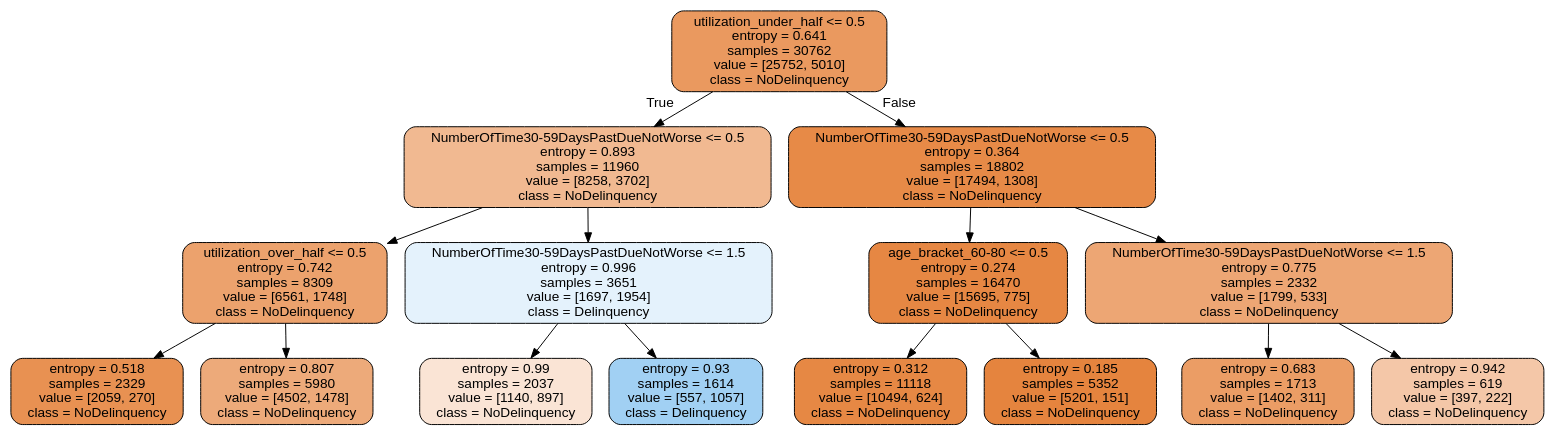
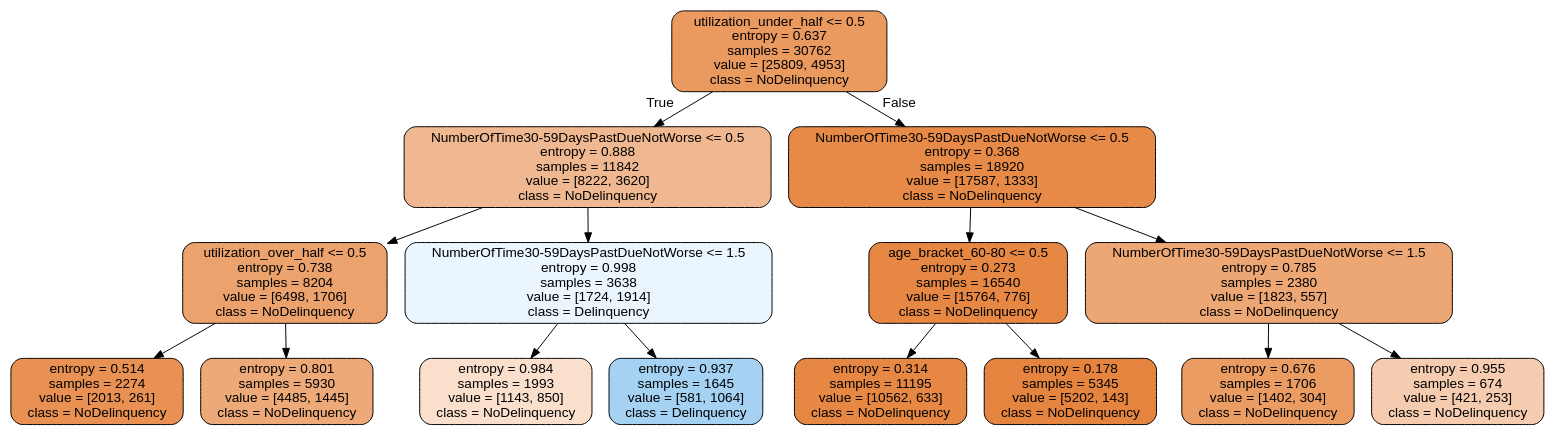
The diagram in hw2/figs/tree_entropy_d3.dot (murray-cecile/machine-learning), drawn with Graphviz before and after one commit. The commit also changed 3 other files, not shown here.

```diff
--- a/hw2/figs/tree_entropy_d3.dot
+++ b/hw2/figs/tree_entropy_d3.dot
@@ -1,33 +1,33 @@
 digraph Tree {
 node [shape=box, style="filled, rounded", color="black", fontname=helvetica] ;
 edge [fontname=helvetica] ;
-0 [label="utilization_under_half <= 0.5\nentropy = 0.641\nsamples = 30762\nvalue = [25752, 5010]\nclass = NoDelinquency", fillcolor="#e58139cd"] ;
-1 [label="NumberOfTime30-59DaysPastDueNotWorse <= 0.5\nentropy = 0.893\nsamples = 11960\nvalue = [8258, 3702]\nclass = NoDelinquency", fillcolor="#e581398d"] ;
+0 [label="utilization_under_half <= 0.5\nentropy = 0.637\nsamples = 30762\nvalue = [25809, 4953]\nclass = NoDelinquency", fillcolor="#e58139ce"] ;
+1 [label="NumberOfTime30-59DaysPastDueNotWorse <= 0.5\nentropy = 0.888\nsamples = 11842\nvalue = [8222, 3620]\nclass = NoDelinquency", fillcolor="#e581398f"] ;
 0 -> 1 [labeldistance=2.5, labelangle=45, headlabel="True"] ;
-2 [label="utilization_over_half <= 0.5\nentropy = 0.742\nsamples = 8309\nvalue = [6561, 1748]\nclass = NoDelinquency", fillcolor="#e58139bb"] ;
+2 [label="utilization_over_half <= 0.5\nentropy = 0.738\nsamples = 8204\nvalue = [6498, 1706]\nclass = NoDelinquency", fillcolor="#e58139bc"] ;
 1 -> 2 ;
-3 [label="entropy = 0.518\nsamples = 2329\nvalue = [2059, 270]\nclass = NoDelinquency", fillcolor="#e58139de"] ;
+3 [label="entropy = 0.514\nsamples = 2274\nvalue = [2013, 261]\nclass = NoDelinquency", fillcolor="#e58139de"] ;
 2 -> 3 ;
-4 [label="entropy = 0.807\nsamples = 5980\nvalue = [4502, 1478]\nclass = NoDelinquency", fillcolor="#e58139ab"] ;
+4 [label="entropy = 0.801\nsamples = 5930\nvalue = [4485, 1445]\nclass = NoDelinquency", fillcolor="#e58139ad"] ;
 2 -> 4 ;
-5 [label="NumberOfTime30-59DaysPastDueNotWorse <= 1.5\nentropy = 0.996\nsamples = 3651\nvalue = [1697, 1954]\nclass = Delinquency", fillcolor="#399de522"] ;
+5 [label="NumberOfTime30-59DaysPastDueNotWorse <= 1.5\nentropy = 0.998\nsamples = 3638\nvalue = [1724, 1914]\nclass = Delinquency", fillcolor="#399de519"] ;
 1 -> 5 ;
-6 [label="entropy = 0.99\nsamples = 2037\nvalue = [1140, 897]\nclass = NoDelinquency", fillcolor="#e5813936"] ;
+6 [label="entropy = 0.984\nsamples = 1993\nvalue = [1143, 850]\nclass = NoDelinquency", fillcolor="#e5813941"] ;
 5 -> 6 ;
-7 [label="entropy = 0.93\nsamples = 1614\nvalue = [557, 1057]\nclass = Delinquency", fillcolor="#399de579"] ;
+7 [label="entropy = 0.937\nsamples = 1645\nvalue = [581, 1064]\nclass = Delinquency", fillcolor="#399de574"] ;
 5 -> 7 ;
-8 [label="NumberOfTime30-59DaysPastDueNotWorse <= 0.5\nentropy = 0.364\nsamples = 18802\nvalue = [17494, 1308]\nclass = NoDelinquency", fillcolor="#e58139ec"] ;
+8 [label="NumberOfTime30-59DaysPastDueNotWorse <= 0.5\nentropy = 0.368\nsamples = 18920\nvalue = [17587, 1333]\nclass = NoDelinquency", fillcolor="#e58139ec"] ;
 0 -> 8 [labeldistance=2.5, labelangle=-45, headlabel="False"] ;
-9 [label="age_bracket_60-80 <= 0.5\nentropy = 0.274\nsamples = 16470\nvalue = [15695, 775]\nclass = NoDelinquency", fillcolor="#e58139f2"] ;
+9 [label="age_bracket_60-80 <= 0.5\nentropy = 0.273\nsamples = 16540\nvalue = [15764, 776]\nclass = NoDelinquency", fillcolor="#e58139f2"] ;
 8 -> 9 ;
-10 [label="entropy = 0.312\nsamples = 11118\nvalue = [10494, 624]\nclass = NoDelinquency", fillcolor="#e58139f0"] ;
+10 [label="entropy = 0.314\nsamples = 11195\nvalue = [10562, 633]\nclass = NoDelinquency", fillcolor="#e58139f0"] ;
 9 -> 10 ;
-11 [label="entropy = 0.185\nsamples = 5352\nvalue = [5201, 151]\nclass = NoDelinquency", fillcolor="#e58139f8"] ;
+11 [label="entropy = 0.178\nsamples = 5345\nvalue = [5202, 143]\nclass = NoDelinquency", fillcolor="#e58139f8"] ;
 9 -> 11 ;
-12 [label="NumberOfTime30-59DaysPastDueNotWorse <= 1.5\nentropy = 0.775\nsamples = 2332\nvalue = [1799, 533]\nclass = NoDelinquency", fillcolor="#e58139b3"] ;
+12 [label="NumberOfTime30-59DaysPastDueNotWorse <= 1.5\nentropy = 0.785\nsamples = 2380\nvalue = [1823, 557]\nclass = NoDelinquency", fillcolor="#e58139b1"] ;
 8 -> 12 ;
-13 [label="entropy = 0.683\nsamples = 1713\nvalue = [1402, 311]\nclass = NoDelinquency", fillcolor="#e58139c6"] ;
+13 [label="entropy = 0.676\nsamples = 1706\nvalue = [1402, 304]\nclass = NoDelinquency", fillcolor="#e58139c8"] ;
 12 -> 13 ;
-14 [label="entropy = 0.942\nsamples = 619\nvalue = [397, 222]\nclass = NoDelinquency", fillcolor="#e5813970"] ;
+14 [label="entropy = 0.955\nsamples = 674\nvalue = [421, 253]\nclass = NoDelinquency", fillcolor="#e5813966"] ;
 12 -> 14 ;
 }
```
